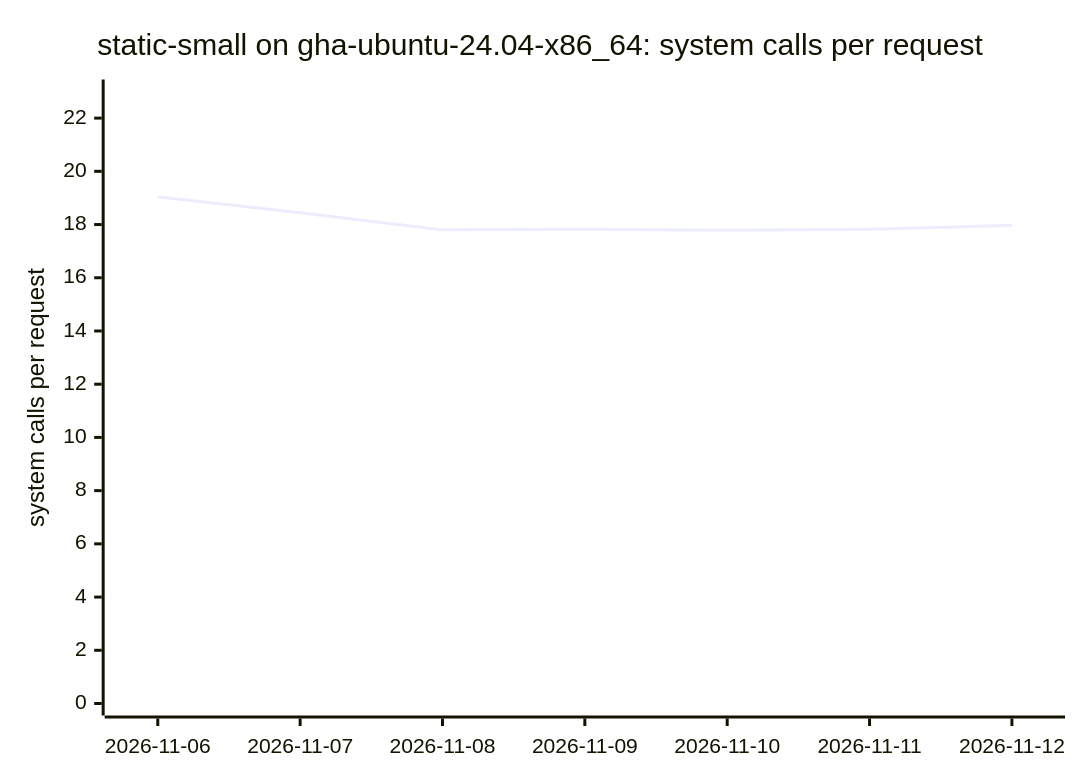
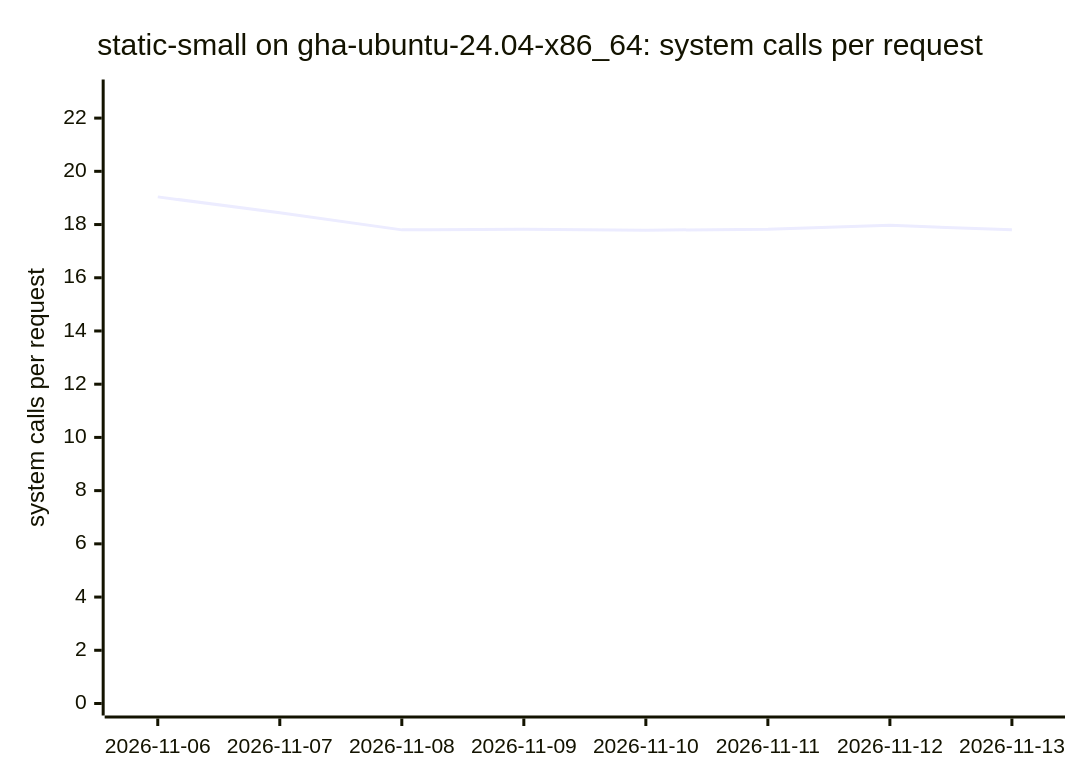
The tenth of 18 diagrams in BENCHMARKS.md (ThePixelPilgrim/durchlauferhitzer), drawn with Mermaid before and after one commit. The commit also changed other lines of this file and 1 other file, not shown here.

````diff
--- a/BENCHMARKS.md
+++ b/BENCHMARKS.md
@@ -118,7 +118,7 @@
 ```mermaid
 xychart-beta
   title "static-small on gha-ubuntu-24.04-x86_64: system calls per request"
-  x-axis ["2026-11-06", "2026-11-07", "2026-11-08", "2026-11-09", "2026-11-10", "2026-11-11", "2026-11-12"]
+  x-axis ["2026-11-06", "2026-11-07", "2026-11-08", "2026-11-09", "2026-11-10", "2026-11-11", "2026-11-12", "2026-11-13"]
   y-axis "system calls per request" 0 --> 23
-  line [19.04, 18.44, 17.80, 17.82, 17.79, 17.82, 17.97]
+  line [19.04, 18.44, 17.80, 17.82, 17.79, 17.82, 17.97, 17.80]
 ```
````
